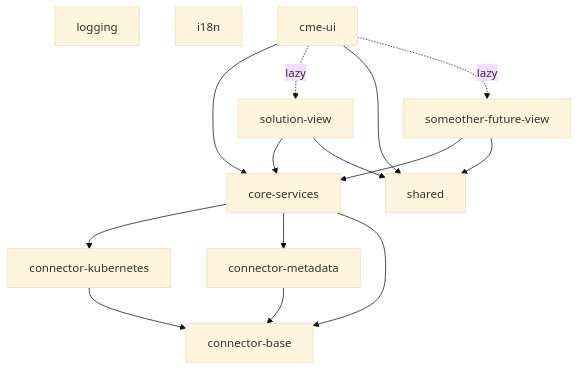
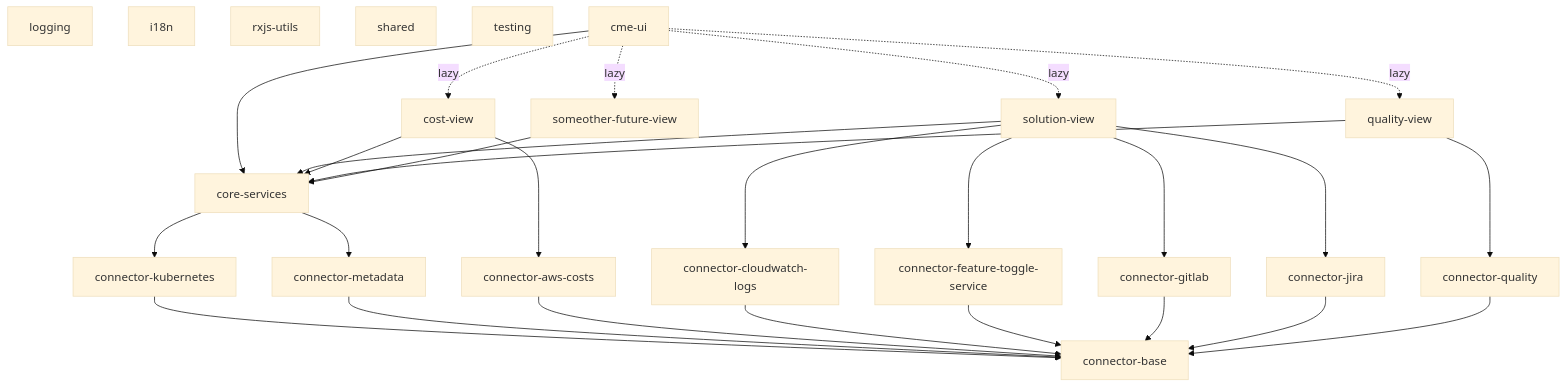
Before and after one commit to consort-it/cme-ui: the diagram in README.md, drawn with Mermaid (base theme). The commit also changed other lines of this file and 187 other files, not shown here.

````diff
--- a/README.md
+++ b/README.md
@@ -25,24 +25,55 @@
 ```mermaid
-graph TD;
-    logging;
-    i18n;
+  graph TD;
 
-    cme-ui-->core-services;
+  logging;
+  i18n;
+  rxjs-utils;
+  shared;
+  testing;
 
-    cme-ui-. lazy .->solution-view;
-    cme-ui-->shared;
-    cme-ui-. lazy .->someother-future-view;
 
-    core-services-->connector-kubernetes;
-    core-services-->connector-metadata;
-    core-services-->connector-base;
 
-    connector-kubernetes-->connector-base;
-    connector-metadata-->connector-base;
+  cost-view;
+  quality-view;
+  solution-view;
+  someother-future-view;
 
-    solution-view-->core-services;
-    solution-view-->shared;
 
-    someother-future-view-->core-services;
-    someother-future-view-->shared;
+
+  core-services;
+  connector-kubernetes;
+  connector-metadata;
+
+
+  cme-ui-->core-services;
+  cme-ui-. lazy .->solution-view;
+  cme-ui-. lazy .->quality-view;
+  cme-ui-. lazy .->cost-view;
+  cme-ui-. lazy .->someother-future-view;
+
+  core-services-->connector-kubernetes;
+  core-services-->connector-metadata;
+
+  connector-kubernetes-->connector-base;
+  connector-metadata-->connector-base;
+  connector-aws-costs-->connector-base;
+  connector-cloudwatch-logs-->connector-base;
+  connector-feature-toggle-service-->connector-base;
+  connector-gitlab-->connector-base;
+  connector-jira-->connector-base;
+  connector-quality-->connector-base;
+
+  solution-view-->core-services;
+  solution-view-->connector-cloudwatch-logs;
+  solution-view-->connector-feature-toggle-service;
+  solution-view-->connector-gitlab;
+  solution-view-->connector-jira;
+
+  cost-view-->connector-aws-costs;
+  cost-view-->core-services;
+
+  quality-view-->core-services
+  quality-view-->connector-quality;
+
+  someother-future-view-->core-services;
 ```
````
